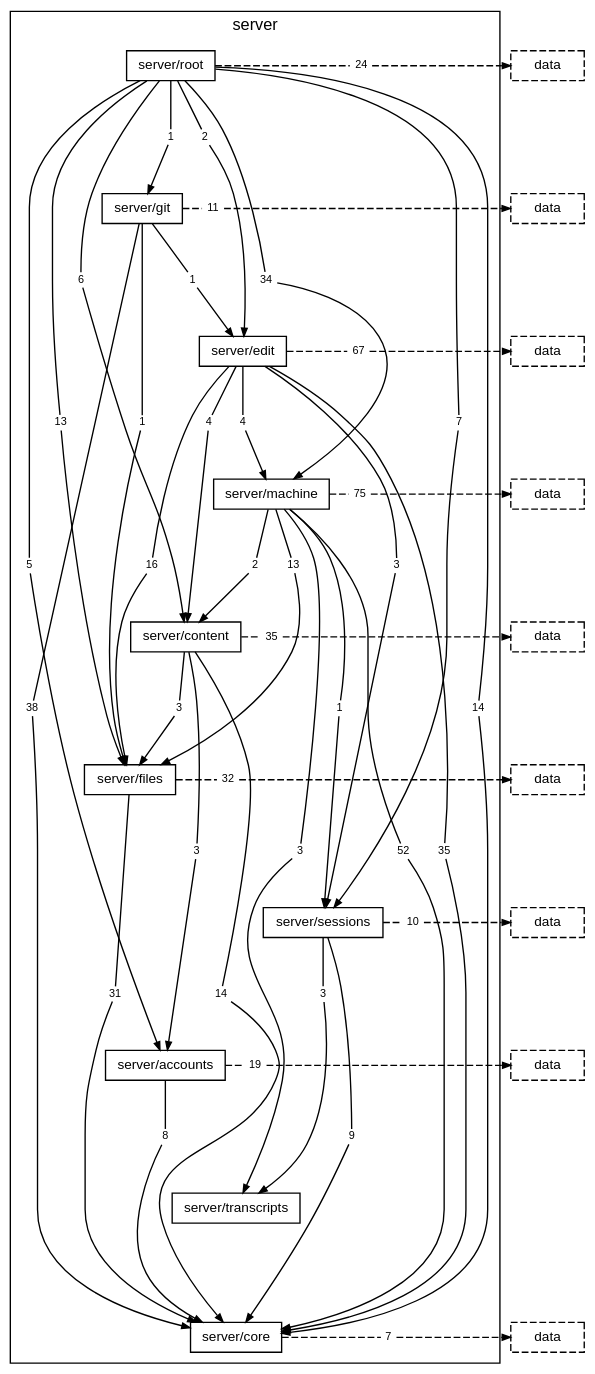
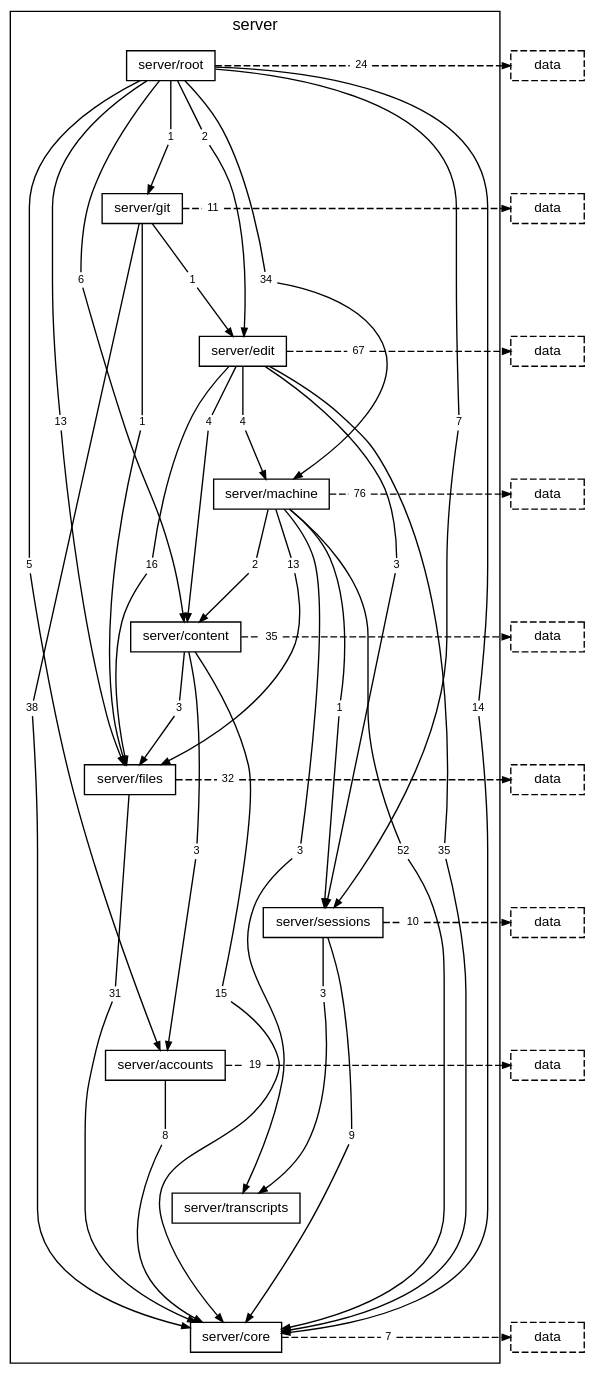
One commit to TheAxeC/oculus changed the diagram in docs/diagrams/layer-server.dot. Above: the diagram before and after it, drawn with Graphviz. The commit also changed 118 other files, not shown here.

```diff
--- a/docs/diagrams/layer-server.dot
+++ b/docs/diagrams/layer-server.dot
@@ -38,9 +38,9 @@
         "folder server/machine to folder server/files" [label="13", shape=box, color="transparent", fontsize=8, width=0, height=0, margin="0.04,0.02"];
         "folder server/machine to folder server/sessions" [label="1", shape=box, color="transparent", fontsize=8, width=0, height=0, margin="0.04,0.02"];
         "folder server/machine to folder server/transcripts" [label="3", shape=box, color="transparent", fontsize=8, width=0, height=0, margin="0.04,0.02"];
-        "folder server/machine to layer data" [label="75", shape=box, color="transparent", fontsize=8, width=0, height=0, margin="0.04,0.02"];
+        "folder server/machine to layer data" [label="76", shape=box, color="transparent", fontsize=8, width=0, height=0, margin="0.04,0.02"];
         "folder server/content to folder server/accounts" [label="3", shape=box, color="transparent", fontsize=8, width=0, height=0, margin="0.04,0.02"];
-        "folder server/content to folder server/core" [label="14", shape=box, color="transparent", fontsize=8, width=0, height=0, margin="0.04,0.02"];
+        "folder server/content to folder server/core" [label="15", shape=box, color="transparent", fontsize=8, width=0, height=0, margin="0.04,0.02"];
         "folder server/content to folder server/files" [label="3", shape=box, color="transparent", fontsize=8, width=0, height=0, margin="0.04,0.02"];
         "folder server/content to layer data" [label="35", shape=box, color="transparent", fontsize=8, width=0, height=0, margin="0.04,0.02"];
         "folder server/files to folder server/core" [label="31", shape=box, color="transparent", fontsize=8, width=0, height=0, margin="0.04,0.02"];
```
